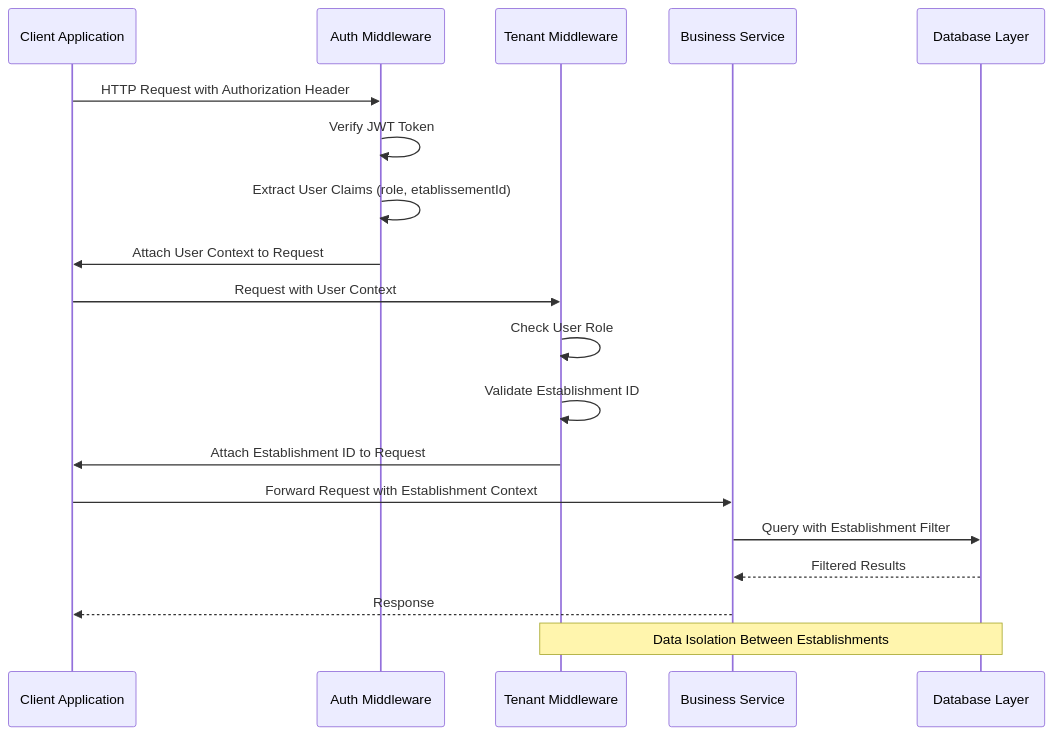
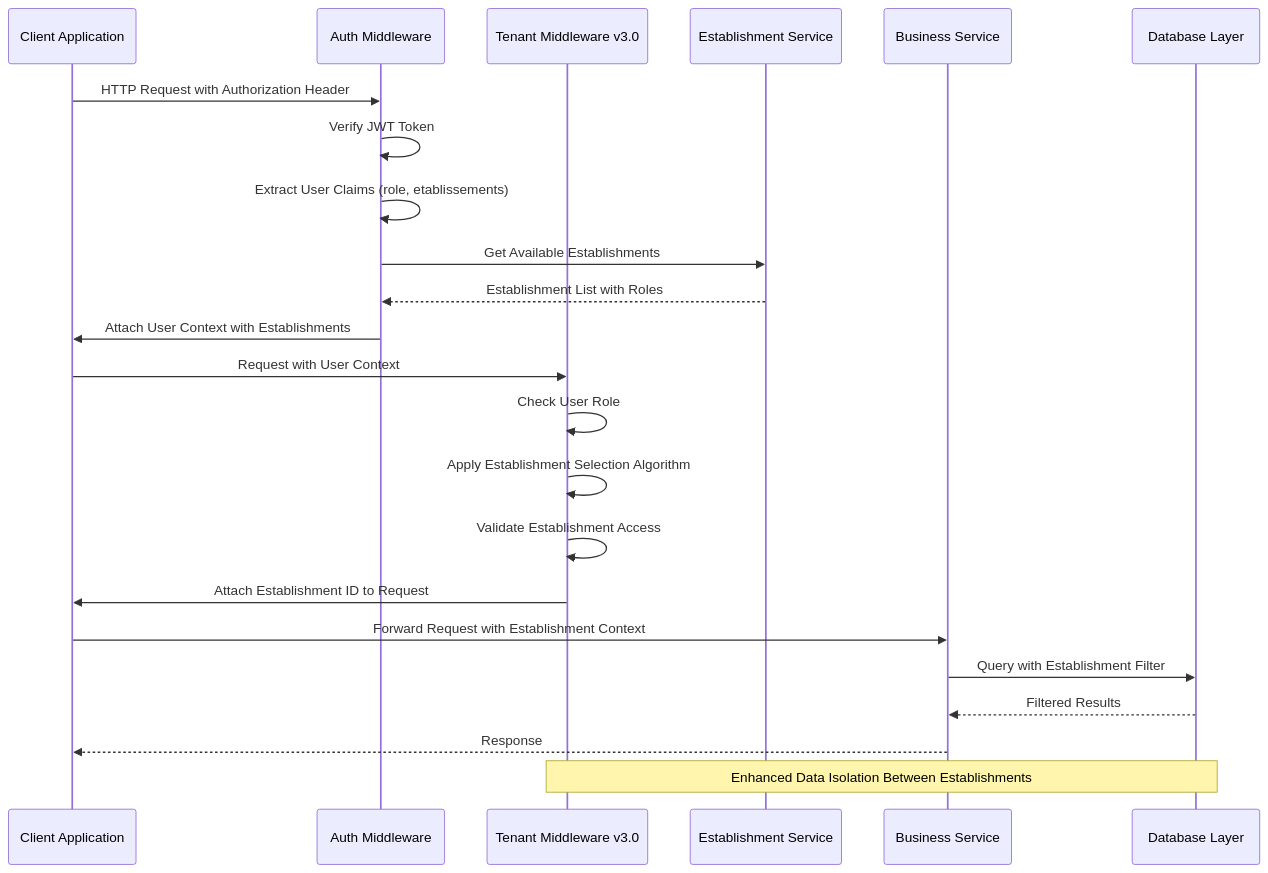
Before and after one commit to franckylab/eLISAschool: the second of 6 diagrams in .qoder/repowiki/en/content/Modules & Features/Administrative Modules/Security & Governance/Tenant Middleware.md, drawn with Mermaid. The commit also changed other lines of this file and 281 other files, not shown here.

First line of the commit message:
fix(auth): corriger le token incomplet dans EtablissementSwitcher

````diff
--- a/.qoder/repowiki/en/content/Modules & Features/Administrative Modules/Security & Governance/Tenant Middleware.md
+++ b/.qoder/repowiki/en/content/Modules & Features/Administrative Modules/Security & Governance/Tenant Middleware.md
@@ -124,21 +172,25 @@
 ```mermaid
 sequenceDiagram
 participant Client as Client Application
 participant AuthMW as Auth Middleware
-participant TenantMW as Tenant Middleware
+participant TenantMW as Tenant Middleware v3.0
+participant EstablishmentService as Establishment Service
 participant Service as Business Service
 participant DB as Database Layer
 Client->>AuthMW : HTTP Request with Authorization Header
 AuthMW->>AuthMW : Verify JWT Token
-AuthMW->>AuthMW : Extract User Claims (role, etablissementId)
-AuthMW->>Client : Attach User Context to Request
+AuthMW->>AuthMW : Extract User Claims (role, etablissements)
+AuthMW->>EstablishmentService : Get Available Establishments
+EstablishmentService-->>AuthMW : Establishment List with Roles
+AuthMW->>Client : Attach User Context with Establishments
 Client->>TenantMW : Request with User Context
 TenantMW->>TenantMW : Check User Role
-TenantMW->>TenantMW : Validate Establishment ID
+TenantMW->>TenantMW : Apply Establishment Selection Algorithm
+TenantMW->>TenantMW : Validate Establishment Access
 TenantMW->>Client : Attach Establishment ID to Request
 Client->>Service : Forward Request with Establishment Context
 Service->>DB : Query with Establishment Filter
 DB-->>Service : Filtered Results
 Service-->>Client : Response
-Note over TenantMW,DB : Data Isolation Between Establishments
+Note over TenantMW,DB : Enhanced Data Isolation Between Establishments
 ```
````
